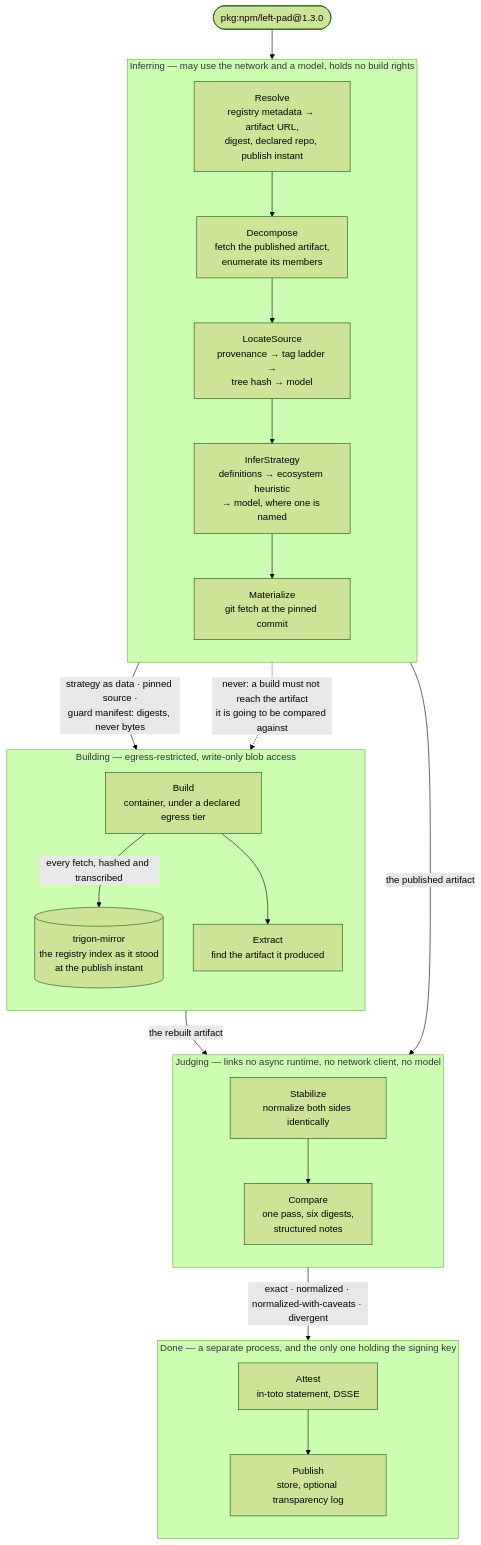
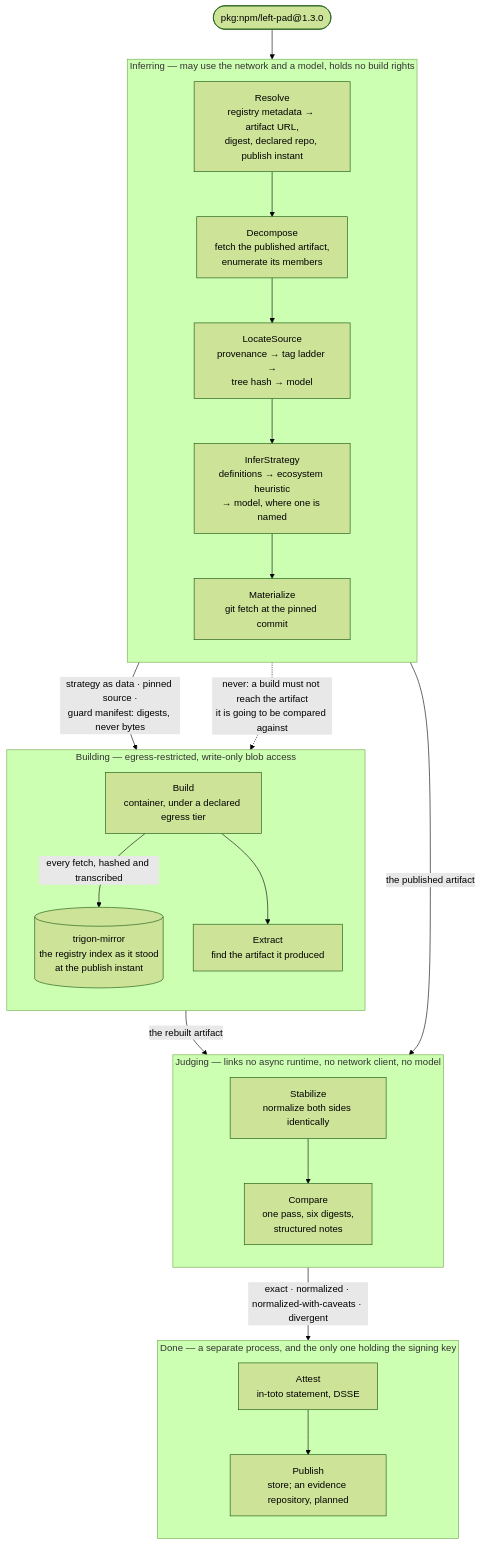
One commit to scovetta/trigon changed the diagram in README.md. Above: the diagram before and after it, drawn with Mermaid (forest theme). The commit also changed other lines of this file and 43 other files, not shown here.

````diff
--- a/README.md
+++ b/README.md
@@ -155,44 +155,44 @@
 ```mermaid
 flowchart TB
     target(["pkg:npm/left-pad@1.3.0"])
 
     subgraph inferring["Inferring — may use the network and a model, holds no build rights"]
         direction TB
         resolve["Resolve<br/>registry metadata → artifact URL,<br/>digest, declared repo, publish instant"]
         decompose["Decompose<br/>fetch the published artifact,<br/>enumerate its members"]
         locate["LocateSource<br/>provenance → tag ladder →<br/>tree hash → model"]
         strategy["InferStrategy<br/>definitions → ecosystem heuristic<br/>→ model, where one is named"]
         materialize["Materialize<br/>git fetch at the pinned commit"]
         resolve --> decompose --> locate --> strategy --> materialize
     end
 
     subgraph building["Building — egress-restricted, write-only blob access"]
         direction TB
         run["Build<br/>container, under a declared egress tier"]
         mirror[("trigon-mirror<br/>the registry index as it stood<br/>at the publish instant")]
         extract["Extract<br/>find the artifact it produced"]
         run -->|"every fetch, hashed and transcribed"| mirror
         run --> extract
     end
 
     subgraph judging["Judging — links no async runtime, no network client, no model"]
         direction TB
         stabilize["Stabilize<br/>normalize both sides identically"]
         compare["Compare<br/>one pass, six digests,<br/>structured notes"]
         stabilize --> compare
     end
 
     subgraph done["Done — a separate process, and the only one holding the signing key"]
         direction TB
         attest["Attest<br/>in-toto statement, DSSE"]
-        publish["Publish<br/>store, optional transparency log"]
+        publish["Publish<br/>store; an evidence repository, planned"]
         attest --> publish
     end
 
     target --> resolve
     materialize -->|"strategy as data · pinned source ·<br/>guard manifest: digests, never bytes"| run
     decompose -->|"the published artifact"| stabilize
     extract -->|"the rebuilt artifact"| stabilize
     compare -->|"exact · normalized · normalized-with-caveats · divergent"| attest
     decompose -. "never: a build must not reach the artifact<br/>it is going to be compared against" .-> run
 ```
````
